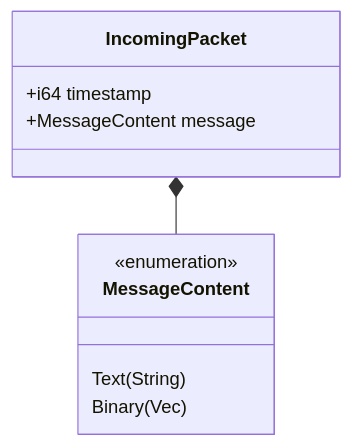
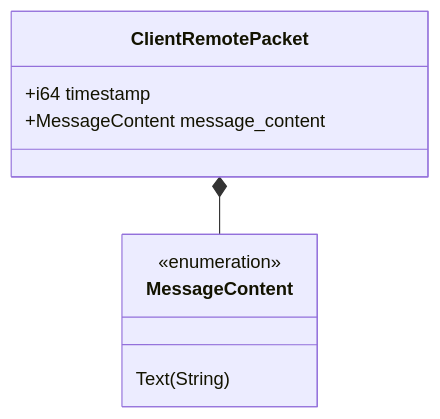
The third of 3 diagrams in README.md (eliseuv/chat), drawn with Mermaid before and after one commit. The commit also changed other lines of this file, not shown here.

````diff
--- a/README.md
+++ b/README.md
@@ -132,13 +133,12 @@
 ```mermaid
 classDiagram
-    class IncomingPacket {
+    class ClientRemotePacket {
       +i64 timestamp
-      +MessageContent message
+      +MessageContent message_content
     }
     class MessageContent {
         <<enumeration>>
         Text(String)
-        Binary(Vec<u8>)
     }
-    IncomingPacket *-- MessageContent
+    ClientRemotePacket *-- MessageContent
 ```
````
